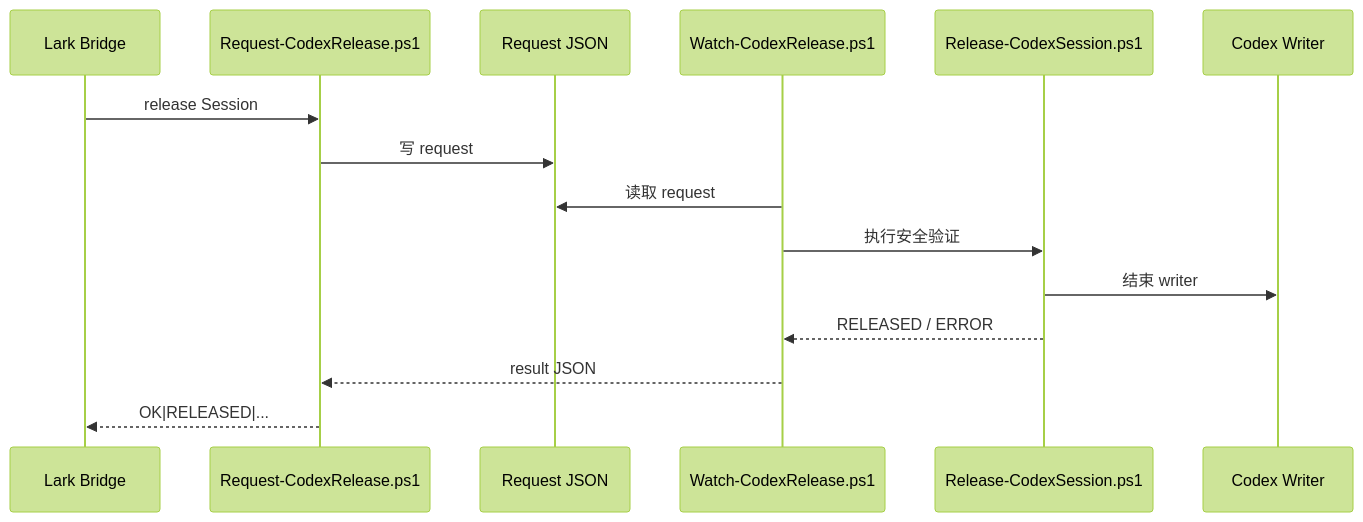
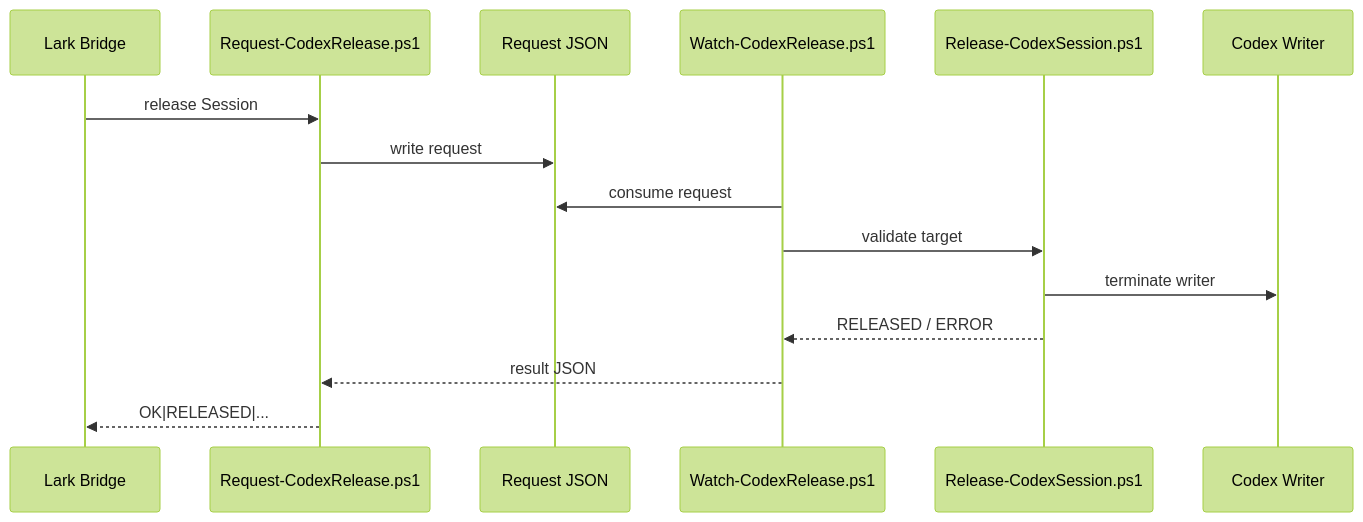
Before and after one commit to denven/lark-coding-agent-bridge: the third of 4 diagrams in local-docs/02-lark-bridge-codex-architecture.md, drawn with Mermaid (forest theme). The commit also changed other lines of this file and 18 other files, not shown here.

````diff
--- a/local-docs/02-lark-bridge-codex-architecture.md
+++ b/local-docs/02-lark-bridge-codex-architecture.md
@@ -322,18 +224,18 @@
 ```mermaid
 sequenceDiagram
     participant L as Lark Bridge
     participant R as Request-CodexRelease.ps1
     participant Q as Request JSON
     participant A as Watch-CodexRelease.ps1
     participant X as Release-CodexSession.ps1
     participant C as Codex Writer
 
     L->>R: release Session
-    R->>Q: 写 request
-    A->>Q: 读取 request
-    A->>X: 执行安全验证
-    X->>C: 结束 writer
+    R->>Q: write request
+    A->>Q: consume request
+    A->>X: validate target
+    X->>C: terminate writer
     X-->>A: RELEASED / ERROR
     A-->>R: result JSON
     R-->>L: OK|RELEASED|...
 ```
````
